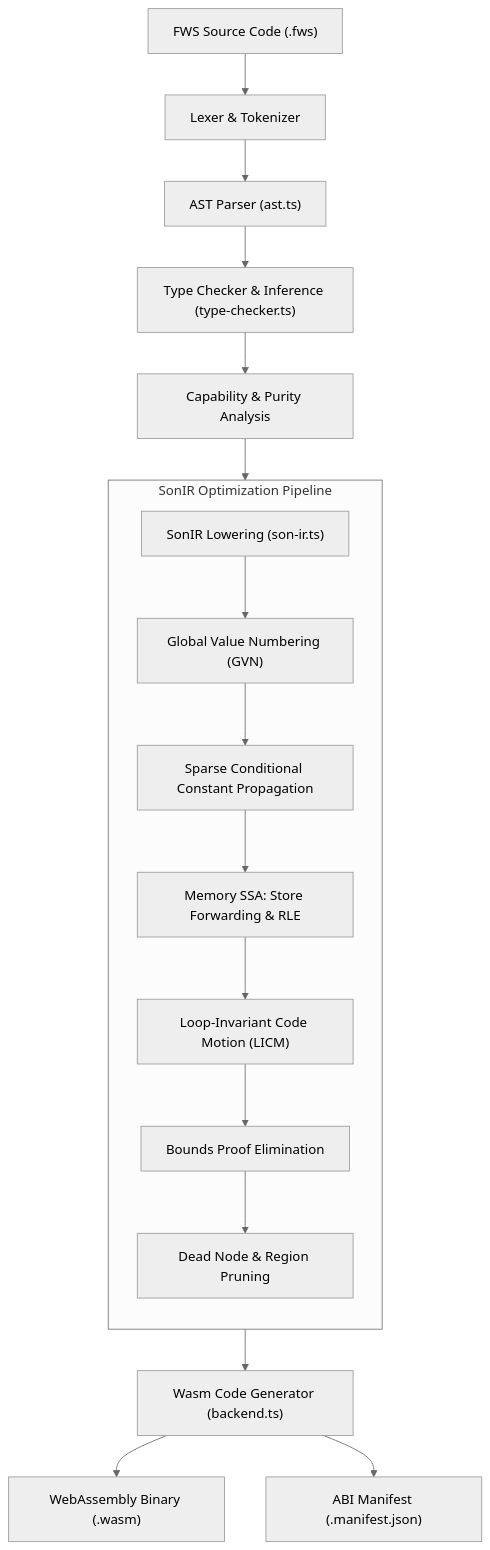
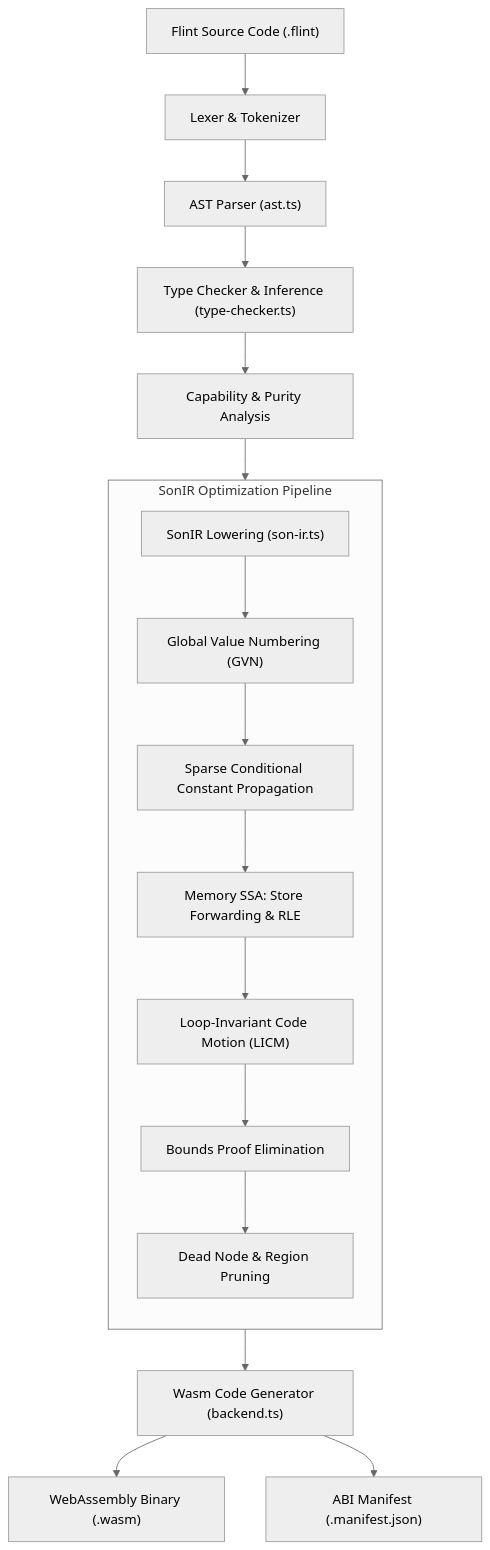
One commit to Mission-Platform/composable-mission-ready-platform changed the first of 5 diagrams in docs/architecture/compiler-pipelines.md. Above: the diagram before and after it, drawn with Mermaid (neutral theme). The commit also changed other lines of this file and 1394 other files, not shown here.

````diff
--- a/docs/architecture/compiler-pipelines.md
+++ b/docs/architecture/compiler-pipelines.md
@@ -13,22 +13,22 @@
 ```mermaid
 flowchart TD
-    Source["FWS Source Code (.fws)"] --> Lexer["Lexer & Tokenizer"]
+    Source["Flint Source Code (.flint)"] --> Lexer["Lexer & Tokenizer"]
     Lexer --> Parser["AST Parser (ast.ts)"]
     Parser --> TypeChecker["Type Checker & Inference (type-checker.ts)"]
     TypeChecker --> SemanticAnalysis["Capability & Purity Analysis"]
     SemanticAnalysis --> Lowering["SonIR Lowering (son-ir.ts)"]
 
     subgraph SonIR_Optimization ["SonIR Optimization Pipeline"]
         direction TB
         Lowering --> GVN["Global Value Numbering (GVN)"]
         GVN --> SCCP["Sparse Conditional Constant Propagation"]
         SCCP --> MemSSA["Memory SSA: Store Forwarding & RLE"]
         MemSSA --> LICM["Loop-Invariant Code Motion (LICM)"]
         LICM --> BoundsProof["Bounds Proof Elimination"]
         BoundsProof --> DeadPruning["Dead Node & Region Pruning"]
     end
 
     DeadPruning --> CodeGen["Wasm Code Generator (backend.ts)"]
     CodeGen --> WasmBinary["WebAssembly Binary (.wasm)"]
     CodeGen --> Manifest["ABI Manifest (.manifest.json)"]
 ```
````
